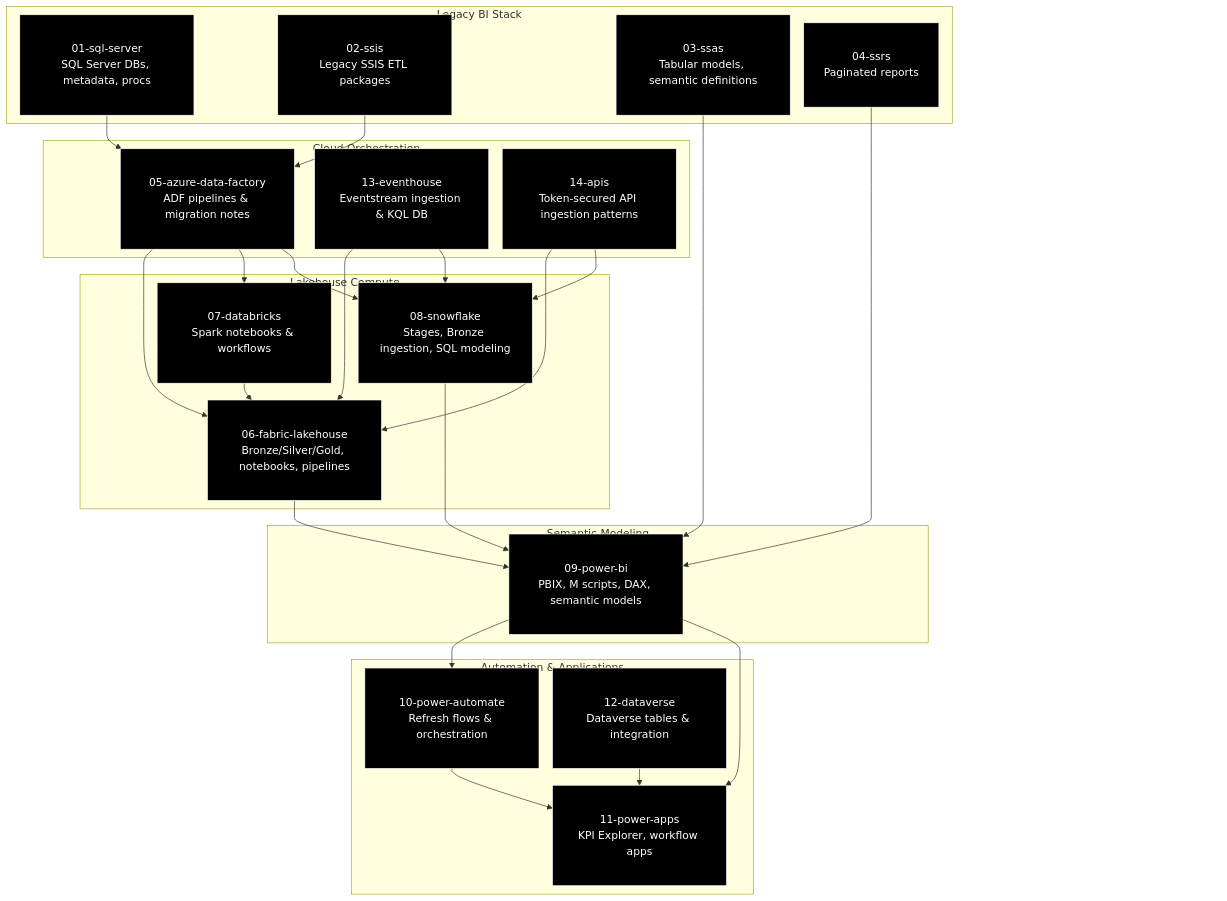
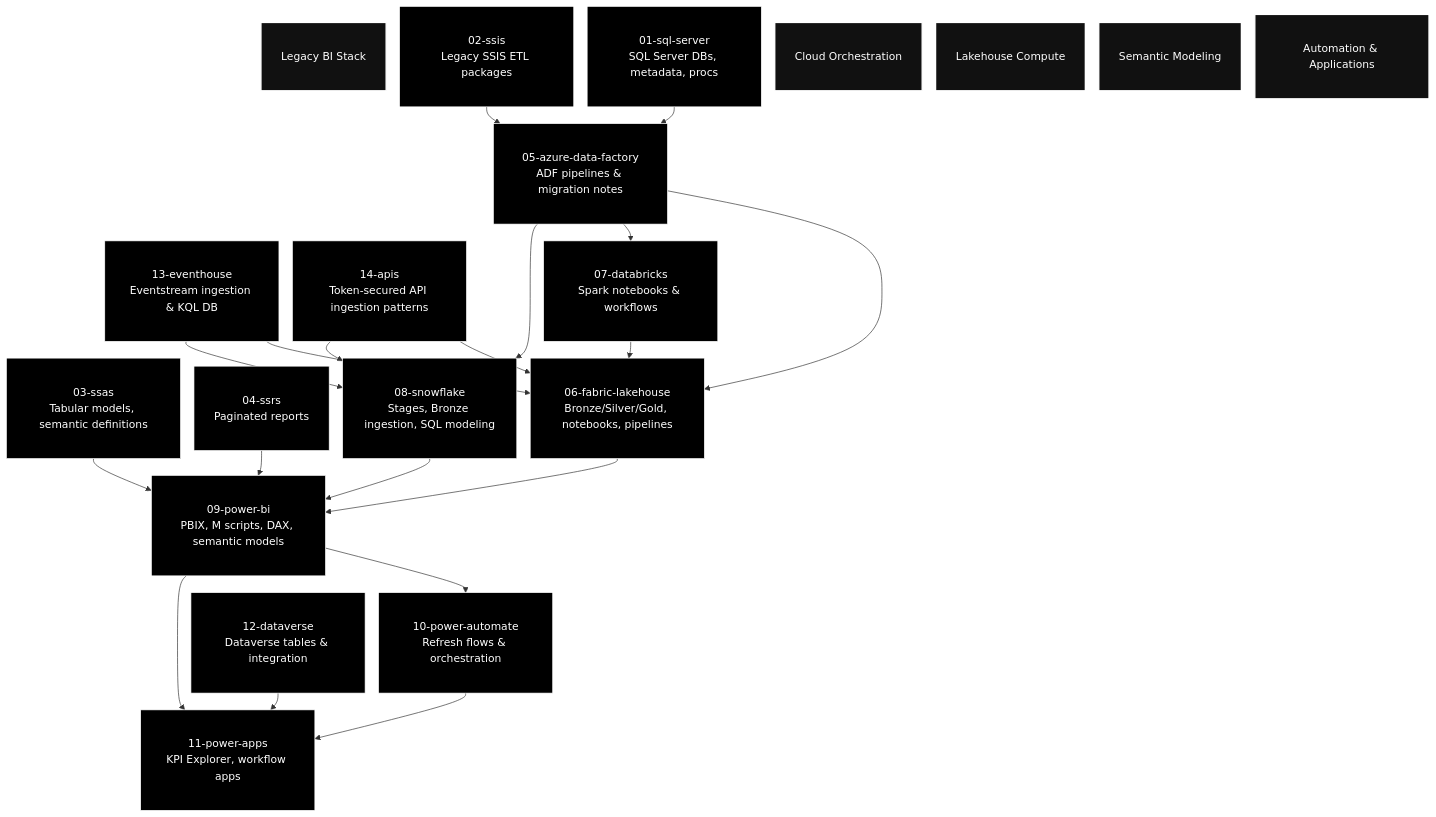
One commit to michaelraylloyd/gulf-to-bay-analytics-modernization changed the diagram in docs/README.md. Above: the diagram before and after it, drawn with Mermaid.

Commit message:
Expanded SQL Server modernization narrative; added GTB-aligned documentation and DBA toolkit headers

````diff
--- a/docs/README.md
+++ b/docs/README.md
@@ -573,72 +573,74 @@
 ```mermaid
 %%{init: {'flowchart': {'nodeSpacing': 20, 'rankSpacing': 25}}}%%
 
 flowchart TB
 
 classDef dark fill:#000000,stroke:#ffffff,stroke-width:1px,color:#ffffff,padding:10px;
-classDef spacer fill:#0000,stroke:#0000,color:#0000;
+classDef header fill:#111111,stroke:#ffffff,stroke-width:2px,color:#ffffff,padding:12px;
 
+%% ---------------------------------
 %% L1 — Legacy BI Stack
-L1_PAD[" "]:::spacer
-subgraph L1[Legacy BI Stack]
-    SQL[01-sql-server<br/>SQL Server DBs, metadata, procs]:::dark
-    SSIS[02-ssis<br/>Legacy SSIS ETL packages]:::dark
-    SSAS[03-ssas<br/>Tabular models, semantic definitions]:::dark
-    SSRS[04-ssrs<br/>Paginated reports]:::dark
-end
+%% ---------------------------------
+L1_HDR["Legacy BI Stack"]:::header
+SQL[01-sql-server<br/>SQL Server DBs, metadata, procs]:::dark
+SSIS[02-ssis<br/>Legacy SSIS ETL packages]:::dark
+SSAS[03-ssas<br/>Tabular models, semantic definitions]:::dark
+SSRS[04-ssrs<br/>Paginated reports]:::dark
 
+%% ---------------------------------
 %% L2 — Cloud Orchestration
-L2_PAD[" "]:::spacer
-subgraph L2[Cloud Orchestration]
-    ADF[05-azure-data-factory<br/>ADF pipelines & migration notes]:::dark
-    EVENT[13-eventhouse<br/>Eventstream ingestion & KQL DB]:::dark
-    APIS[14-apis<br/>Token-secured API ingestion patterns]:::dark
-end
+%% ---------------------------------
+L2_HDR["Cloud Orchestration"]:::header
+ADF[05-azure-data-factory<br/>ADF pipelines & migration notes]:::dark
+EVENT[13-eventhouse<br/>Eventstream ingestion & KQL DB]:::dark
+APIS[14-apis<br/>Token-secured API ingestion patterns]:::dark
 
+%% ---------------------------------
 %% L3 — Lakehouse Compute
-L3_PAD[" "]:::spacer
-subgraph L3[Lakehouse Compute]
-    FAB[06-fabric-lakehouse<br/>Bronze/Silver/Gold, notebooks, pipelines]:::dark
-    DBX[07-databricks<br/>Spark notebooks & workflows]:::dark
-    SNOW[08-snowflake<br/>Stages, Bronze ingestion, SQL modeling]:::dark
-end
+%% ---------------------------------
+L3_HDR["Lakehouse Compute"]:::header
+FAB[06-fabric-lakehouse<br/>Bronze/Silver/Gold, notebooks, pipelines]:::dark
+DBX[07-databricks<br/>Spark notebooks & workflows]:::dark
+SNOW[08-snowflake<br/>Stages, Bronze ingestion, SQL modeling]:::dark
 
+%% ---------------------------------
 %% L4 — Semantic Modeling
-L4_PAD[" "]:::spacer
-subgraph L4[Semantic Modeling]
-    PBI[09-power-bi<br/>PBIX, M scripts, DAX, semantic models]:::dark
-end
+%% ---------------------------------
+L4_HDR["Semantic Modeling"]:::header
+PBI[09-power-bi<br/>PBIX, M scripts, DAX, semantic models]:::dark
 
+%% ---------------------------------
 %% L5 — Automation & Applications
-L5_PAD[" "]:::spacer
-subgraph L5[Automation & Applications]
-    PA[10-power-automate<br/>Refresh flows & orchestration]:::dark
-    APPS[11-power-apps<br/>KPI Explorer, workflow apps]:::dark
-    DV[12-dataverse<br/>Dataverse tables & integration]:::dark
-end
+%% ---------------------------------
+L5_HDR["Automation & Applications"]:::header
+PA[10-power-automate<br/>Refresh flows & orchestration]:::dark
+APPS[11-power-apps<br/>KPI Explorer, workflow apps]:::dark
+DV[12-dataverse<br/>Dataverse tables & integration]:::dark
 
+%% ---------------------------------
 %% FLOWS
+%% ---------------------------------
 SQL --> ADF
 SSIS --> ADF
 SSAS --> PBI
 SSRS --> PBI
 
 ADF --> FAB
 ADF --> DBX
 ADF --> SNOW
 
 EVENT --> FAB
 EVENT --> SNOW
 
 APIS --> FAB
 APIS --> SNOW
 
 FAB --> PBI
 DBX --> FAB
 SNOW --> PBI
 
 PBI --> PA
 PBI --> APPS
 DV --> APPS
 PA --> APPS
 ```
````
